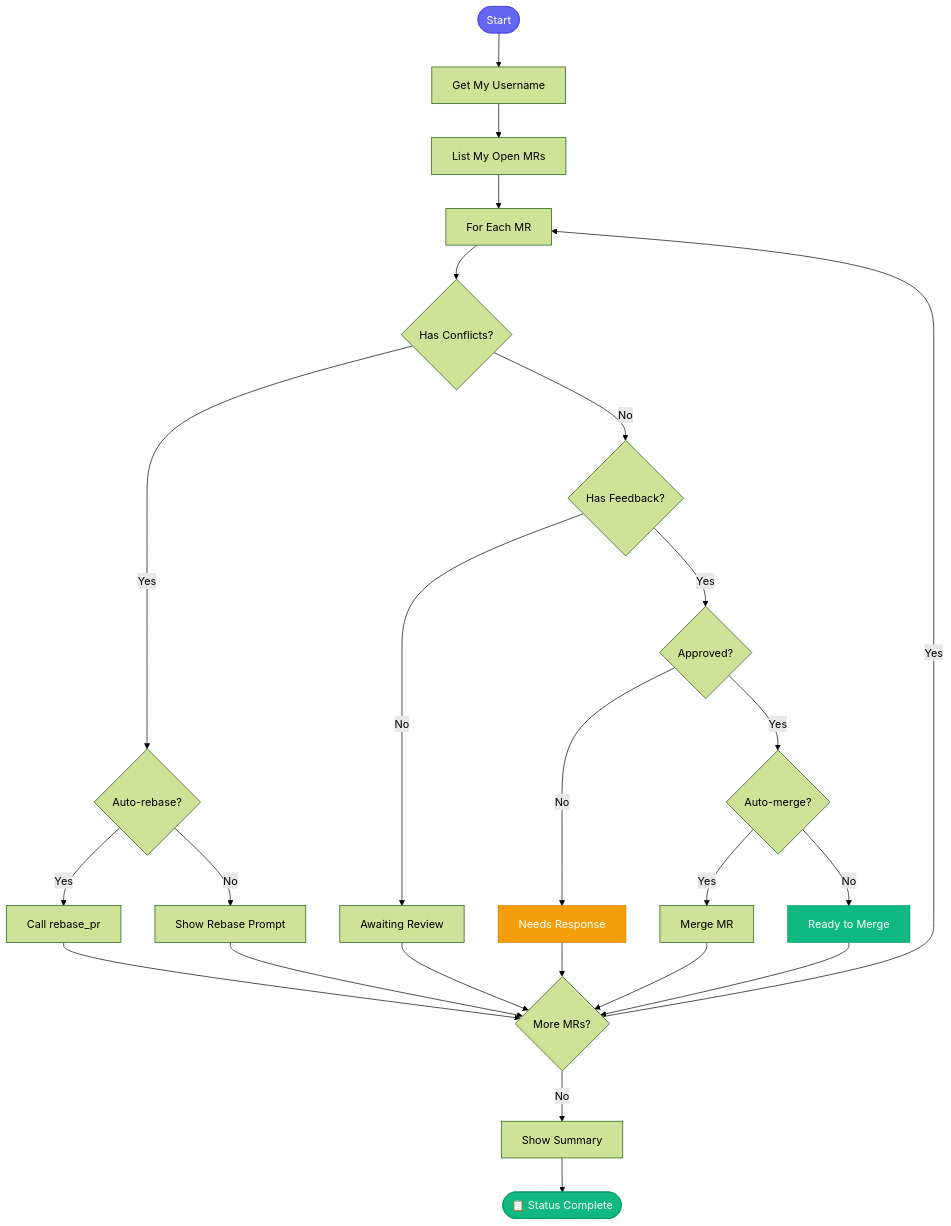
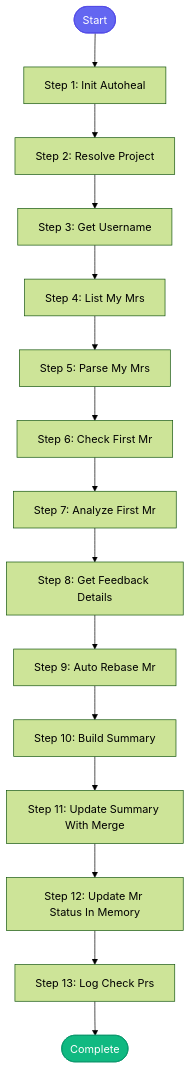
One commit to dmzoneill/redhat-ai-workflow changed the diagram in docs/skills/check_my_prs.md. Above: the diagram before and after it, drawn with Mermaid (forest theme). The commit also changed other lines of this file and 49 other files, not shown here.

````diff
--- a/docs/skills/check_my_prs.md
+++ b/docs/skills/check_my_prs.md
@@ -32,41 +39,34 @@
 ```mermaid
 flowchart TD
-    START([Start]) --> USER[Get My Username]
-    USER --> LIST[List My Open MRs]
-    LIST --> LOOP[For Each MR]
-
-    LOOP --> CONFLICT{Has Conflicts?}
-
-    CONFLICT -->|Yes| REBASE_CHECK{Auto-rebase?}
-    REBASE_CHECK -->|Yes| REBASE[Call rebase_pr]
-    REBASE_CHECK -->|No| SHOW_REBASE[Show Rebase Prompt]
-
-    CONFLICT -->|No| FEEDBACK{Has Feedback?}
-
-    FEEDBACK -->|Yes| APPROVED{Approved?}
-    FEEDBACK -->|No| WAITING[Awaiting Review]
-
-    APPROVED -->|Yes| MERGE_CHECK{Auto-merge?}
-    APPROVED -->|No| NEEDS_RESPONSE[Needs Response]
-
-    MERGE_CHECK -->|Yes| MERGE[Merge MR]
-    MERGE_CHECK -->|No| READY[Ready to Merge]
-
-    REBASE --> NEXT
-    SHOW_REBASE --> NEXT
-    WAITING --> NEXT
-    NEEDS_RESPONSE --> NEXT
-    MERGE --> NEXT
-    READY --> NEXT
-
-    NEXT{More MRs?}
-    NEXT -->|Yes| LOOP
-    NEXT -->|No| SUMMARY[Show Summary]
-
-    SUMMARY --> DONE([📋 Status Complete])
+    START([Start])
+    STEP1[Step 1: Init Autoheal]
+    START --> STEP1
+    STEP2[Step 2: Resolve Project]
+    STEP1 --> STEP2
+    STEP3[Step 3: Get Username]
+    STEP2 --> STEP3
+    STEP4[Step 4: List My Mrs]
+    STEP3 --> STEP4
+    STEP5[Step 5: Parse My Mrs]
+    STEP4 --> STEP5
+    STEP6[Step 6: Check First Mr]
+    STEP5 --> STEP6
+    STEP7[Step 7: Analyze First Mr]
+    STEP6 --> STEP7
+    STEP8[Step 8: Get Feedback Details]
+    STEP7 --> STEP8
+    STEP9[Step 9: Auto Rebase Mr]
+    STEP8 --> STEP9
+    STEP10[Step 10: Build Summary]
+    STEP9 --> STEP10
+    STEP11[Step 11: Update Summary With Merge]
+    STEP10 --> STEP11
+    STEP12[Step 12: Update Mr Status In Memory]
+    STEP11 --> STEP12
+    STEP13[Step 13: Log Check Prs]
+    STEP12 --> STEP13
+    STEP13 --> DONE([Complete])
 
     style START fill:#6366f1,stroke:#4f46e5,color:#fff
     style DONE fill:#10b981,stroke:#059669,color:#fff
-    style READY fill:#10b981,stroke:#059669,color:#fff
-    style NEEDS_RESPONSE fill:#f59e0b,stroke:#d97706,color:#fff
 ```
````
